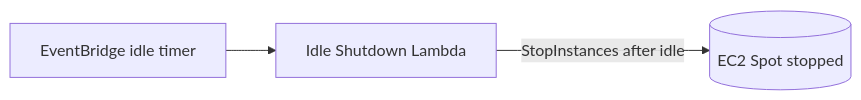
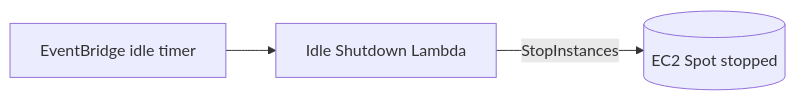
The second of 2 diagrams in docs/cost-optimization.md (teddynted/ai-github-repository-blog-generator), drawn with Mermaid before and after one commit. The commit also changed other lines of this file and 12 other files, not shown here.

````diff
--- a/docs/cost-optimization.md
+++ b/docs/cost-optimization.md
@@ -55,5 +52,5 @@
 ```mermaid
 flowchart LR
     T[EventBridge idle timer] --> LS[Idle Shutdown Lambda]
-    LS -->|StopInstances after idle| EC2[(EC2 Spot stopped)]
+    LS -->|StopInstances| EC2[(EC2 Spot stopped)]
 ```
````
